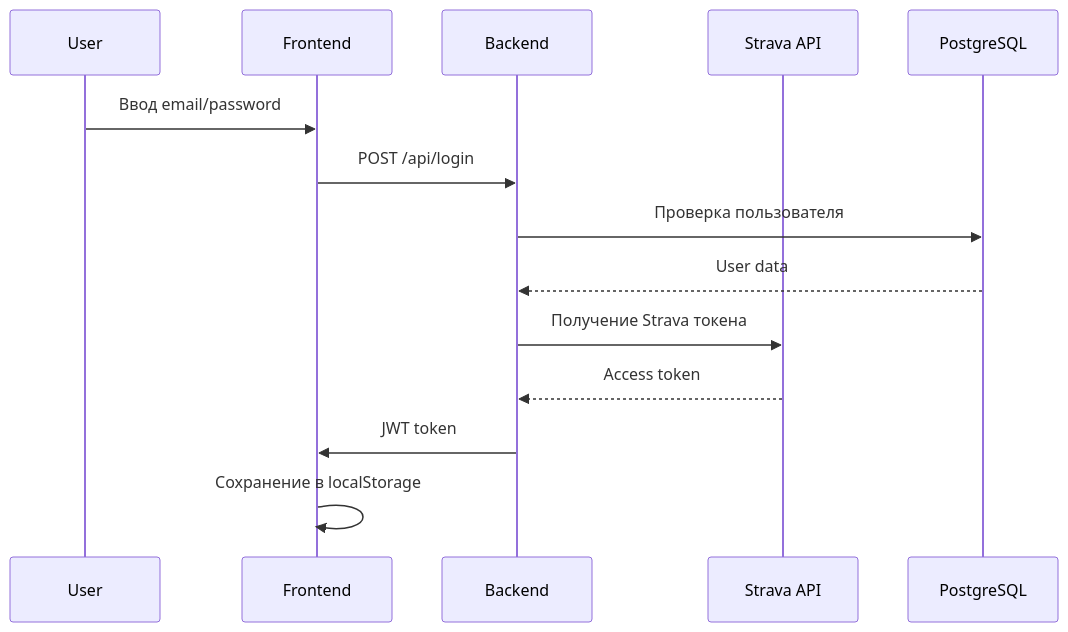
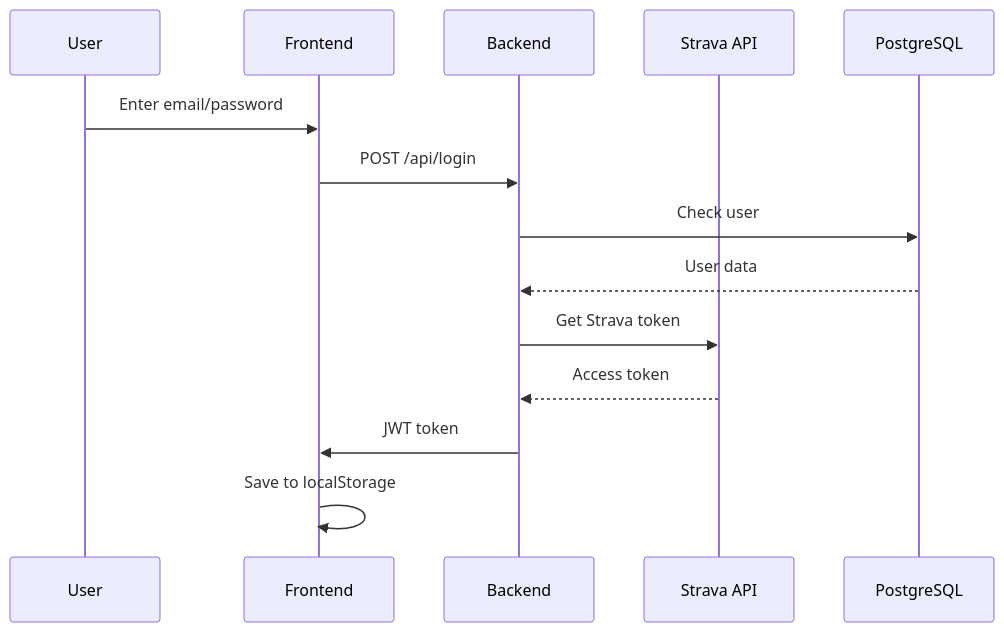
The first of 4 diagrams in ARCHITECTURE.md (chester026/cycleprog.github.io), drawn with Mermaid before and after one commit. The commit also changed other lines of this file and 39 other files, not shown here.

````diff
--- a/ARCHITECTURE.md
+++ b/ARCHITECTURE.md
@@ -100,17 +107,17 @@
 ```mermaid
 sequenceDiagram
     participant U as User
     participant F as Frontend
     participant B as Backend
     participant S as Strava API
     participant DB as PostgreSQL
 
-    U->>F: Ввод email/password
+    U->>F: Enter email/password
     F->>B: POST /api/login
-    B->>DB: Проверка пользователя
+    B->>DB: Check user
     DB-->>B: User data
-    B->>S: Получение Strava токена
+    B->>S: Get Strava token
     S-->>B: Access token
     B->>F: JWT token
-    F->>F: Сохранение в localStorage
+    F->>F: Save to localStorage
 ```
````
